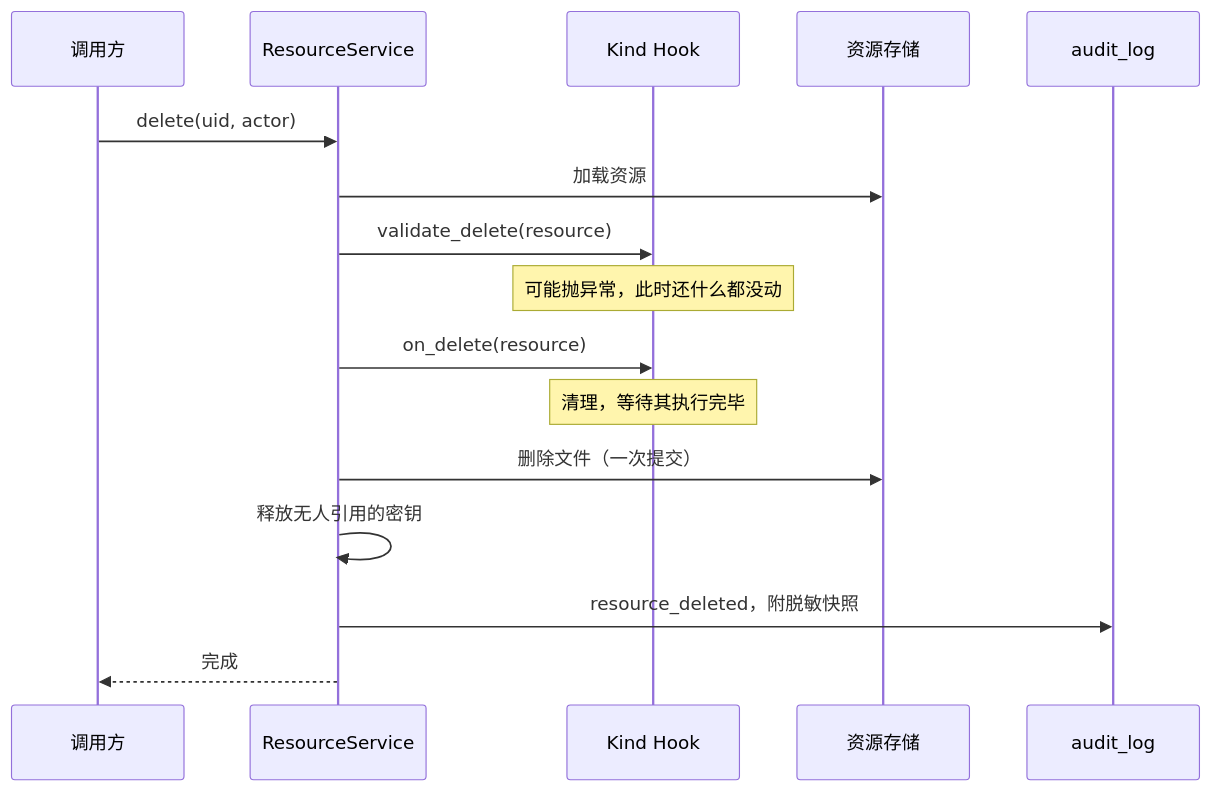
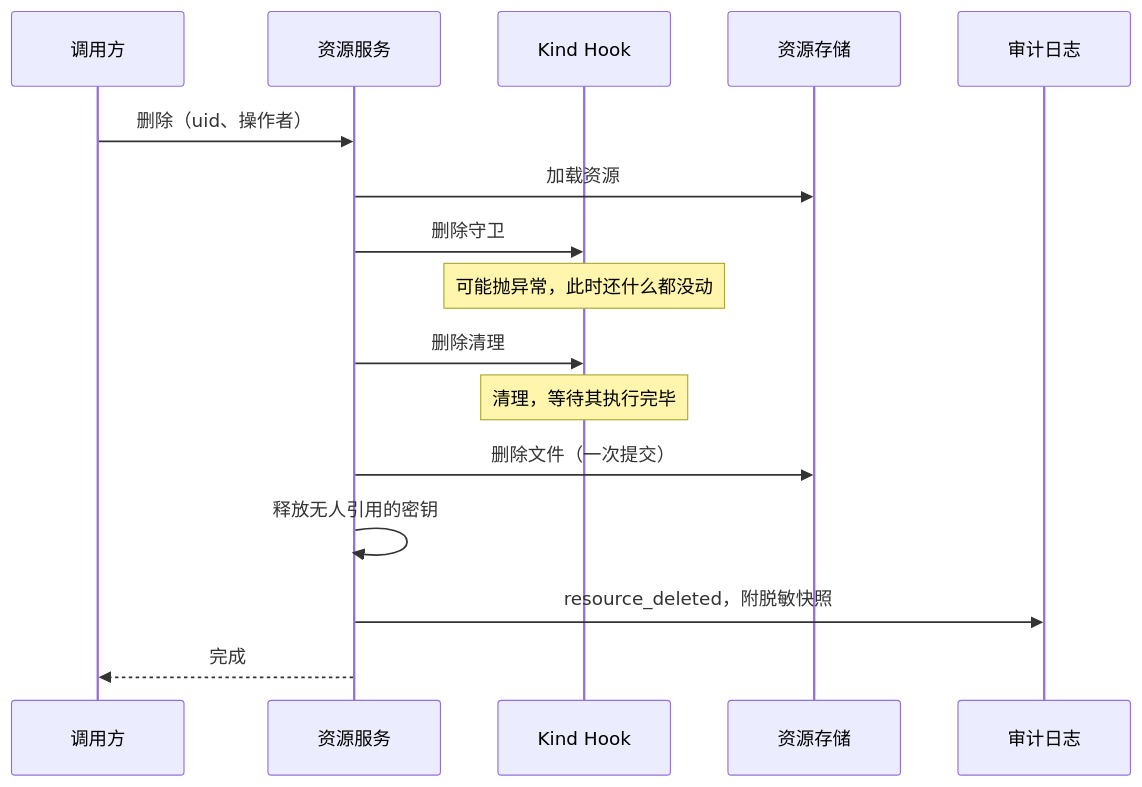
One commit to wyx-sg/Coffer changed the diagram in docs-site/zh/architecture/resource-framework.md. Above: the diagram before and after it, drawn with Mermaid. The commit also changed other lines of this file and 29 other files, not shown here.

First line of the commit message:
docs(site): explain the architecture in plain terms, without source detail

````diff
--- a/docs-site/zh/architecture/resource-framework.md
+++ b/docs-site/zh/architecture/resource-framework.md
@@ -130,18 +130,18 @@
 ```mermaid
 sequenceDiagram
   participant C as 调用方
-  participant S as ResourceService
+  participant S as 资源服务
   participant K as Kind Hook
   participant R as 资源存储
-  participant A as audit_log
-  C->>S: delete(uid, actor)
+  participant A as 审计日志
+  C->>S: 删除（uid、操作者）
   S->>R: 加载资源
-  S->>K: validate_delete(resource)
+  S->>K: 删除守卫
   Note over K: 可能抛异常，此时还什么都没动
-  S->>K: on_delete(resource)
+  S->>K: 删除清理
   Note over K: 清理，等待其执行完毕
   S->>R: 删除文件（一次提交）
   S->>S: 释放无人引用的密钥
   S->>A: resource_deleted，附脱敏快照
   S-->>C: 完成
 ```
````
